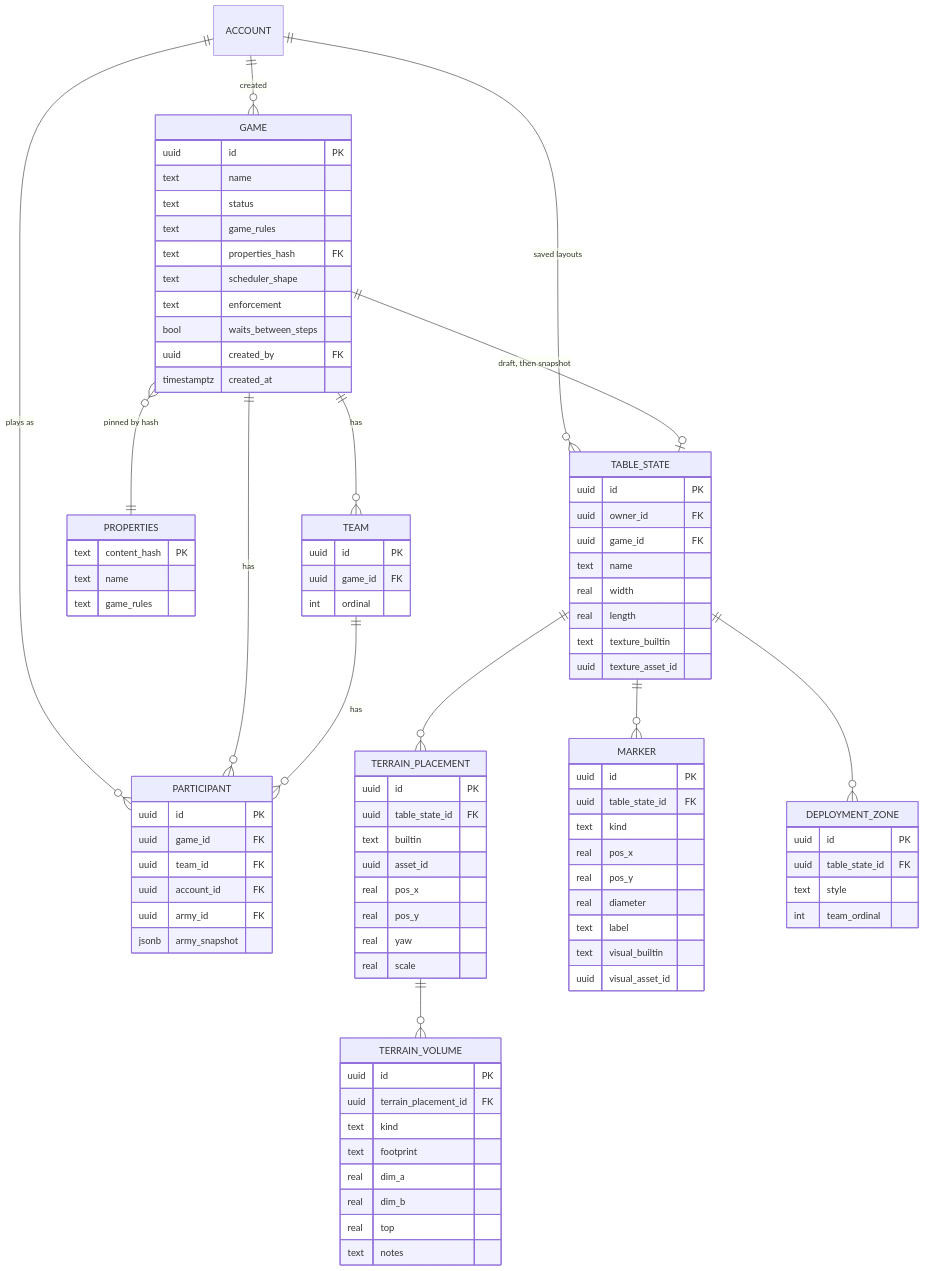
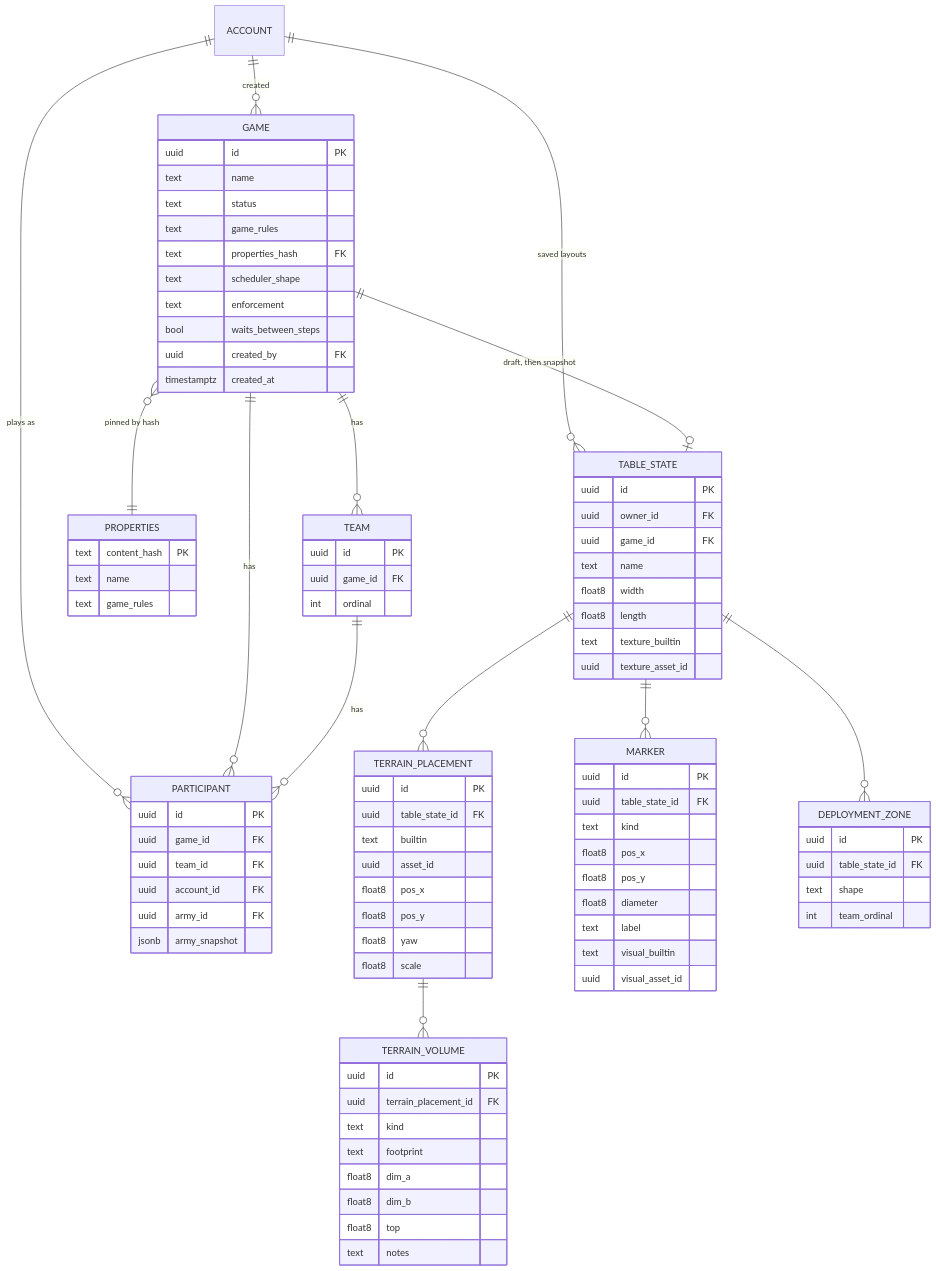
Diagram 12 of 12 in docs/design/management-api/design.md (cstupi/tabletop), drawn with Mermaid before and after one commit. The commit also changed other lines of this file and 13 other files, not shown here.

Commit message:
Rule on the schema before step 2: shape column, double precision, FK indexes, search path

````diff
--- a/docs/design/management-api/design.md
+++ b/docs/design/management-api/design.md
@@ -1354,8 +1354,8 @@
         uuid owner_id FK
         uuid game_id FK
         text name
-        real width
-        real length
+        float8 width
+        float8 length
         text texture_builtin
         uuid texture_asset_id
     }
@@ -1364,28 +1364,28 @@
         uuid table_state_id FK
         text builtin
         uuid asset_id
-        real pos_x
-        real pos_y
-        real yaw
-        real scale
+        float8 pos_x
+        float8 pos_y
+        float8 yaw
+        float8 scale
     }
     TERRAIN_VOLUME {
         uuid id PK
         uuid terrain_placement_id FK
         text kind
         text footprint
-        real dim_a
-        real dim_b
-        real top
+        float8 dim_a
+        float8 dim_b
+        float8 top
         text notes
     }
     MARKER {
         uuid id PK
         uuid table_state_id FK
         text kind
-        real pos_x
-        real pos_y
-        real diameter
+        float8 pos_x
+        float8 pos_y
+        float8 diameter
         text label
         text visual_builtin
         uuid visual_asset_id
@@ -1393,7 +1393,7 @@
     DEPLOYMENT_ZONE {
         uuid id PK
         uuid table_state_id FK
-        text style
+        text shape
         int team_ordinal
     }
 ```
````
